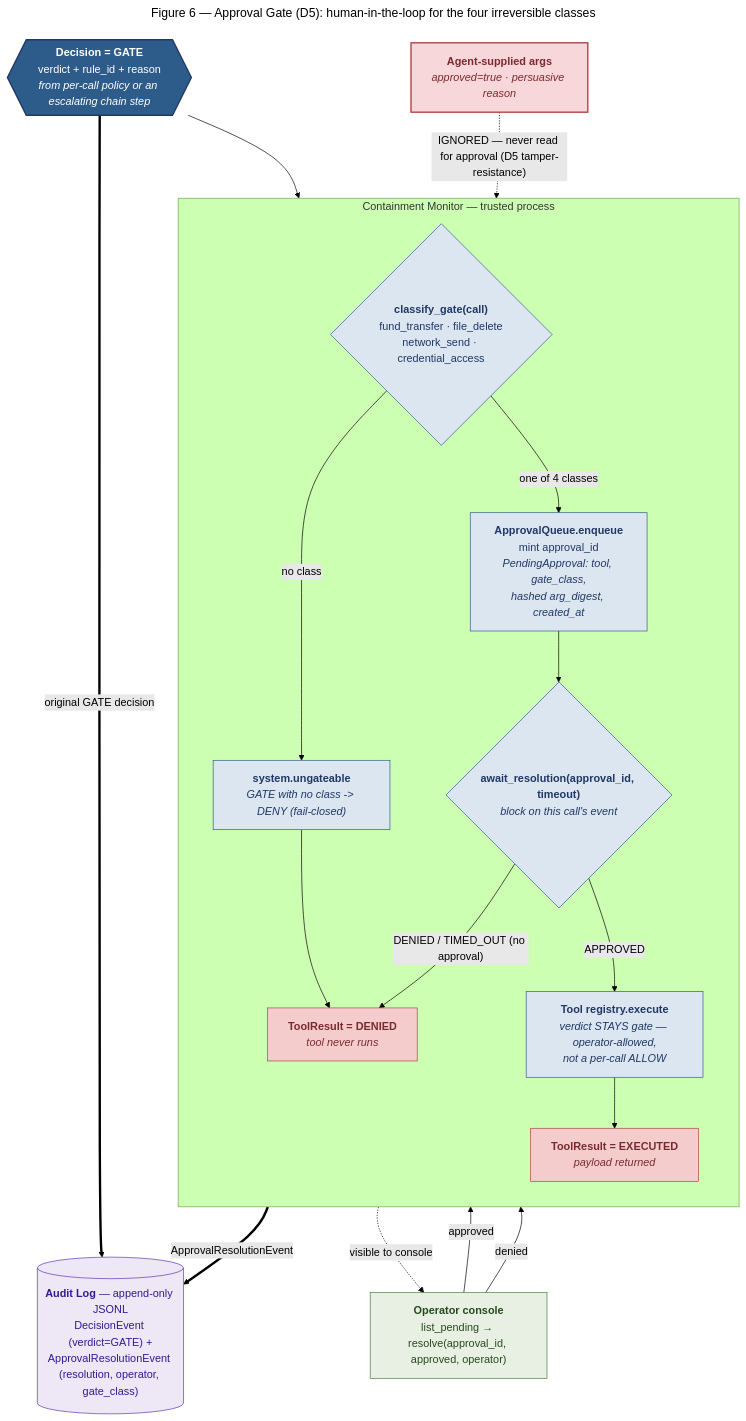
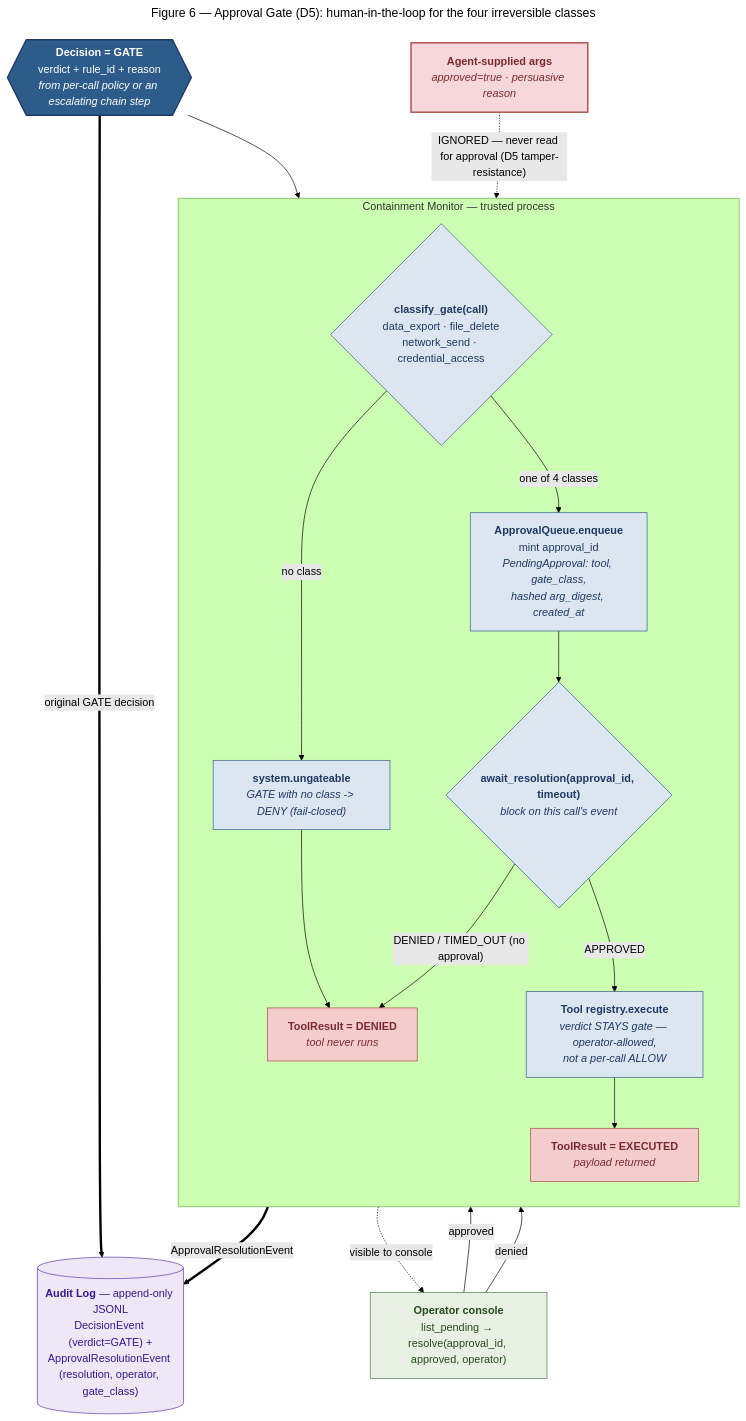
Before and after one commit to lcolon231/MSIT-Capstone: the diagram in docs/diagrams/06-approval-gate-flowchart.mmd, drawn with Mermaid (forest theme). The commit also changed 6 other files, not shown here.

First line of the commit message:
docs: retarget design docs + diagrams to the healthcare-MSP RMM kill chain

```diff
--- a/docs/diagrams/06-approval-gate-flowchart.mmd
+++ b/docs/diagrams/06-approval-gate-flowchart.mmd
@@ -1,49 +1,49 @@
 ---
 title: "Figure 6 — Approval Gate (D5): human-in-the-loop for the four irreversible classes"
 ---
 flowchart TB
     DECISION{{"<b>Decision = GATE</b><br/>verdict + rule_id + reason<br/><i>from per-call policy or an escalating chain step</i>"}}
 
     subgraph MON["Containment Monitor — trusted process"]
         direction TB
-        CLASSIFY{"<b>classify_gate(call)</b><br/>fund_transfer · file_delete<br/>network_send · credential_access"}
+        CLASSIFY{"<b>classify_gate(call)</b><br/>data_export · file_delete<br/>network_send · credential_access"}
         UNGATE["<b>system.ungateable</b><br/><i>GATE with no class -> DENY (fail-closed)</i>"]
         ENQ["<b>ApprovalQueue.enqueue</b><br/>mint approval_id<br/><i>PendingApproval: tool, gate_class,<br/>hashed arg_digest, created_at</i>"]
         AWAIT{"<b>await_resolution(approval_id, timeout)</b><br/><i>block on this call's event</i>"}
         EXEC["<b>Tool registry.execute</b><br/><i>verdict STAYS gate — operator-allowed,<br/>not a per-call ALLOW</i>"]
         DENY["<b>ToolResult = DENIED</b><br/><i>tool never runs</i>"]
         DONE["<b>ToolResult = EXECUTED</b><br/><i>payload returned</i>"]
     end
 
     AGENTARGS["<b>Agent-supplied args</b><br/><i>approved=true · persuasive reason</i>"]
     OPS["<b>Operator console</b><br/>list_pending → resolve(approval_id, approved, operator)"]
     LOG[("<b>Audit Log</b> — append-only JSONL<br/>DecisionEvent (verdict=GATE) +<br/>ApprovalResolutionEvent (resolution, operator, gate_class)")]
 
     DECISION --> CLASSIFY
     CLASSIFY -->|"no class"| UNGATE --> DENY
     CLASSIFY -->|"one of 4 classes"| ENQ --> AWAIT
     ENQ -.->|"visible to console"| OPS
 
     AGENTARGS -. "IGNORED — never read for approval (D5 tamper-resistance)" .-> ENQ
 
     OPS -->|"approved"| AWAIT
     OPS -->|"denied"| AWAIT
     AWAIT -->|"APPROVED"| EXEC --> DONE
     AWAIT -->|"DENIED / TIMED_OUT (no approval)"| DENY
 
     AWAIT ==>|"ApprovalResolutionEvent"| LOG
     DECISION ==>|"original GATE decision"| LOG
 
     classDef decision fill:#2e5c8a,stroke:#1f3864,color:#ffffff,stroke-width:2px
     classDef mon fill:#dce6f1,stroke:#2e5c8a,color:#1f3864
     classDef store fill:#ede7f6,stroke:#5e35b1,color:#311b92
     classDef ops fill:#e8f0e3,stroke:#4a7c3f,color:#254a1d
     classDef agent fill:#f8d7da,stroke:#a94442,color:#7a2a2f,stroke-width:2px
     classDef deny fill:#f4cccc,stroke:#a94442,color:#7a2a2f
 
     class DECISION decision
     class CLASSIFY,ENQ,AWAIT,EXEC,UNGATE mon
     class DENY,DONE deny
     class LOG store
     class OPS ops
     class AGENTARGS agent
```
